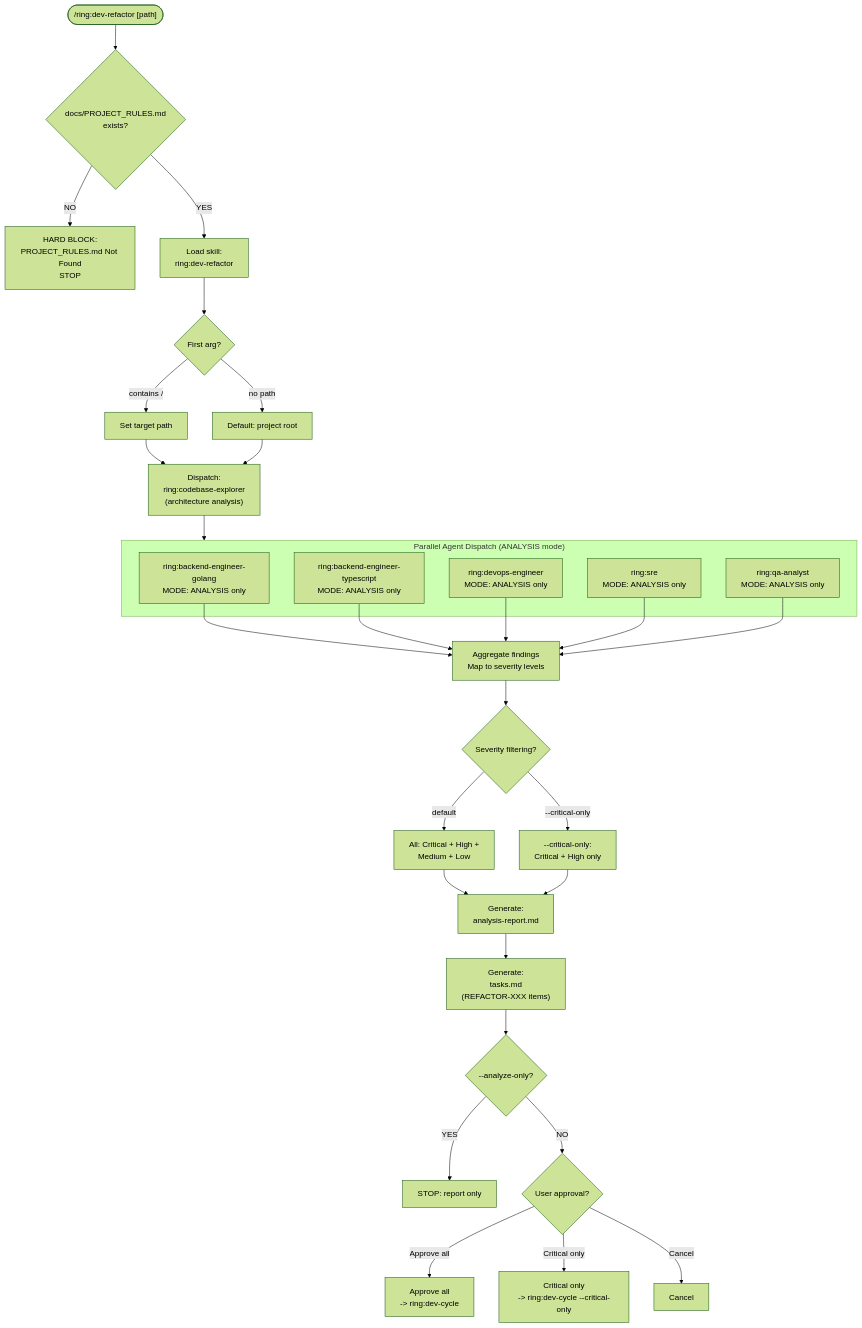
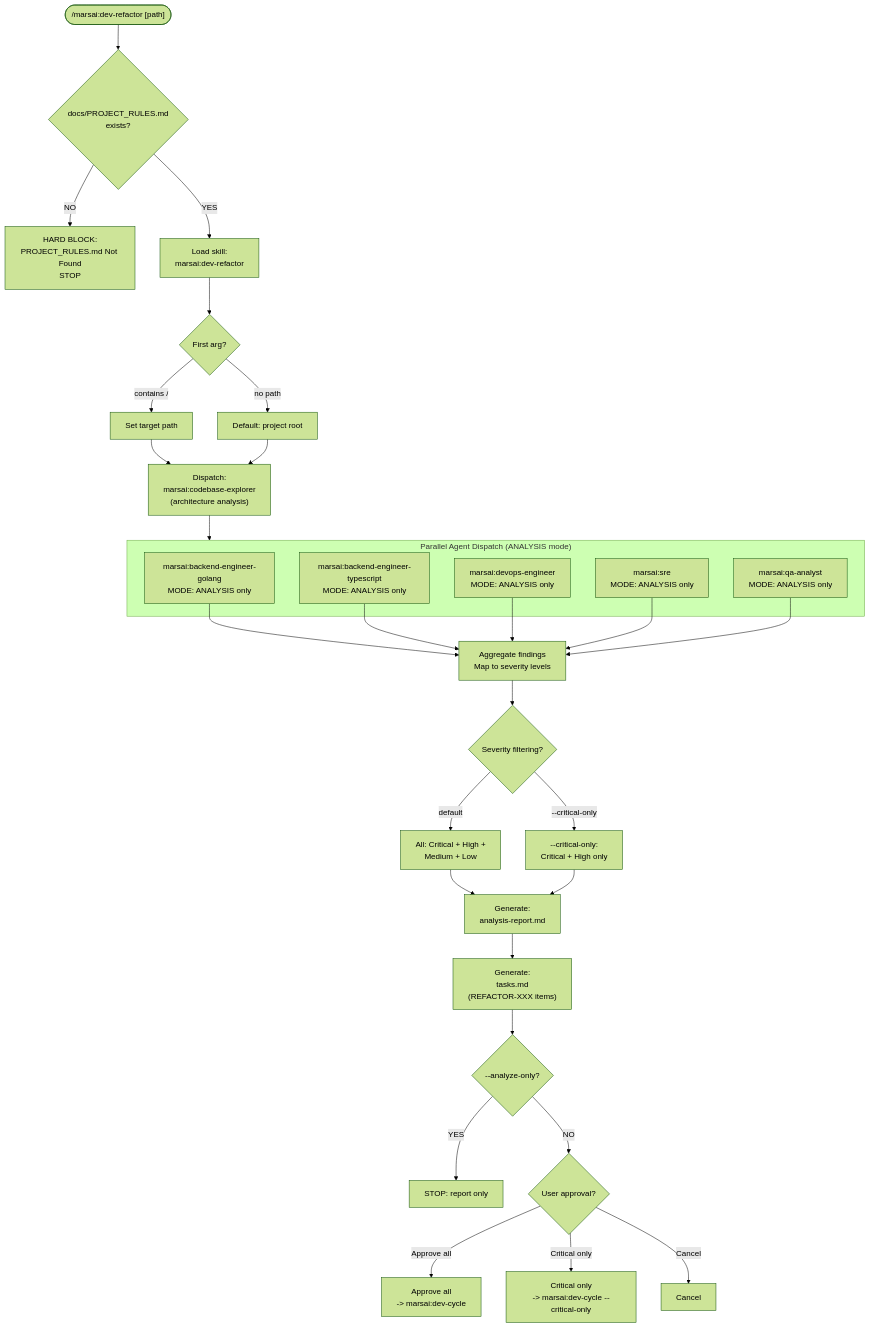
Diagram 15 of 21 in dev-team/docs/dependency-diagrams.md (rodrigodh/ring), drawn with Mermaid (forest theme) before and after one commit. The commit also changed other lines of this file and 203 other files, not shown here.

````diff
--- a/dev-team/docs/dependency-diagrams.md
+++ b/dev-team/docs/dependency-diagrams.md
@@ -705,63 +705,63 @@
 ```mermaid
 flowchart TD
-    start(["/ring:dev-refactor [path]"])
+    start(["/marsai:dev-refactor [path]"])
 
     precheck{"docs/PROJECT_RULES.md<br/>exists?"}
     block["HARD BLOCK:<br/>PROJECT_RULES.md Not Found<br/>STOP"]
 
-    loadSkill["Load skill:<br/>ring:dev-refactor"]
+    loadSkill["Load skill:<br/>marsai:dev-refactor"]
 
     parseArgs{"First arg?"}
     pathArg["Set target path"]
     defaultPath["Default: project root"]
 
-    explore["Dispatch:<br/>ring:codebase-explorer<br/>(architecture analysis)"]
+    explore["Dispatch:<br/>marsai:codebase-explorer<br/>(architecture analysis)"]
 
     subgraph ParallelAnalysis["Parallel Agent Dispatch (ANALYSIS mode)"]
-        a1["ring:backend-engineer-golang<br/>MODE: ANALYSIS only"]
-        a2["ring:backend-engineer-typescript<br/>MODE: ANALYSIS only"]
-        a3["ring:devops-engineer<br/>MODE: ANALYSIS only"]
-        a4["ring:sre<br/>MODE: ANALYSIS only"]
-        a5["ring:qa-analyst<br/>MODE: ANALYSIS only"]
+        a1["marsai:backend-engineer-golang<br/>MODE: ANALYSIS only"]
+        a2["marsai:backend-engineer-typescript<br/>MODE: ANALYSIS only"]
+        a3["marsai:devops-engineer<br/>MODE: ANALYSIS only"]
+        a4["marsai:sre<br/>MODE: ANALYSIS only"]
+        a5["marsai:qa-analyst<br/>MODE: ANALYSIS only"]
     end
 
     aggregate["Aggregate findings<br/>Map to severity levels"]
 
     severity{"Severity filtering?"}
     allFindings["All: Critical + High +<br/>Medium + Low"]
     criticalOnly["--critical-only:<br/>Critical + High only"]
 
     generateReport["Generate:<br/>analysis-report.md"]
     generateTasks["Generate:<br/>tasks.md<br/>(REFACTOR-XXX items)"]
 
     analyzeOnly{"--analyze-only?"}
     stopHere["STOP: report only"]
 
     approval{"User approval?"}
-    approveAll["Approve all<br/>-> ring:dev-cycle"]
-    approveCritical["Critical only<br/>-> ring:dev-cycle --critical-only"]
+    approveAll["Approve all<br/>-> marsai:dev-cycle"]
+    approveCritical["Critical only<br/>-> marsai:dev-cycle --critical-only"]
     cancel["Cancel"]
 
     start --> precheck
     precheck -->|"YES"| loadSkill
     precheck -->|"NO"| block
     loadSkill --> parseArgs
     parseArgs -->|"contains /"| pathArg
     parseArgs -->|"no path"| defaultPath
     pathArg --> explore
     defaultPath --> explore
     explore --> ParallelAnalysis
     a1 & a2 & a3 & a4 & a5 --> aggregate
     aggregate --> severity
     severity -->|"default"| allFindings
     severity -->|"--critical-only"| criticalOnly
     allFindings --> generateReport
     criticalOnly --> generateReport
     generateReport --> generateTasks
     generateTasks --> analyzeOnly
     analyzeOnly -->|"YES"| stopHere
     analyzeOnly -->|"NO"| approval
     approval -->|"Approve all"| approveAll
     approval -->|"Critical only"| approveCritical
     approval -->|"Cancel"| cancel
 ```
````
